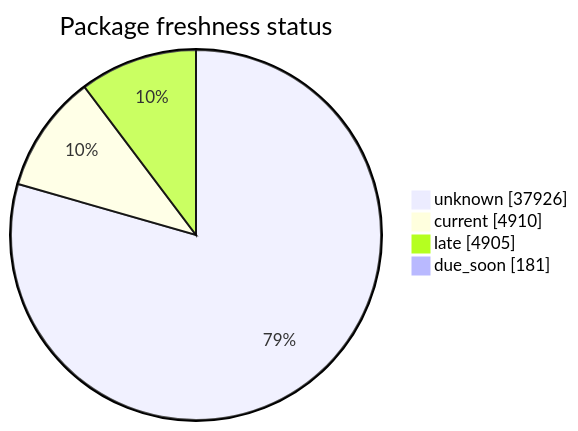
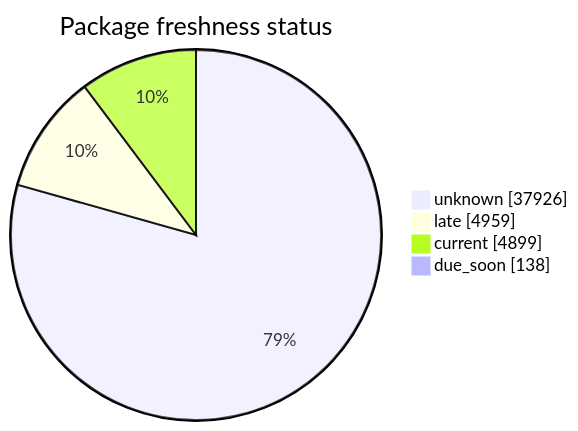
Before and after one commit to open-data/analytics-corporate-reporting: the second of 5 diagrams in FreshCheck/README.md, drawn with Mermaid. The commit also changed other lines of this file and 3 other files, not shown here.

````diff
--- a/FreshCheck/README.md
+++ b/FreshCheck/README.md
@@ -68,7 +68,7 @@
 ```mermaid
 pie showData title Package freshness status
     "unknown": 37926
-    "current": 4910
-    "late": 4905
-    "due_soon": 181
+    "late": 4959
+    "current": 4899
+    "due_soon": 138
 ```
````
